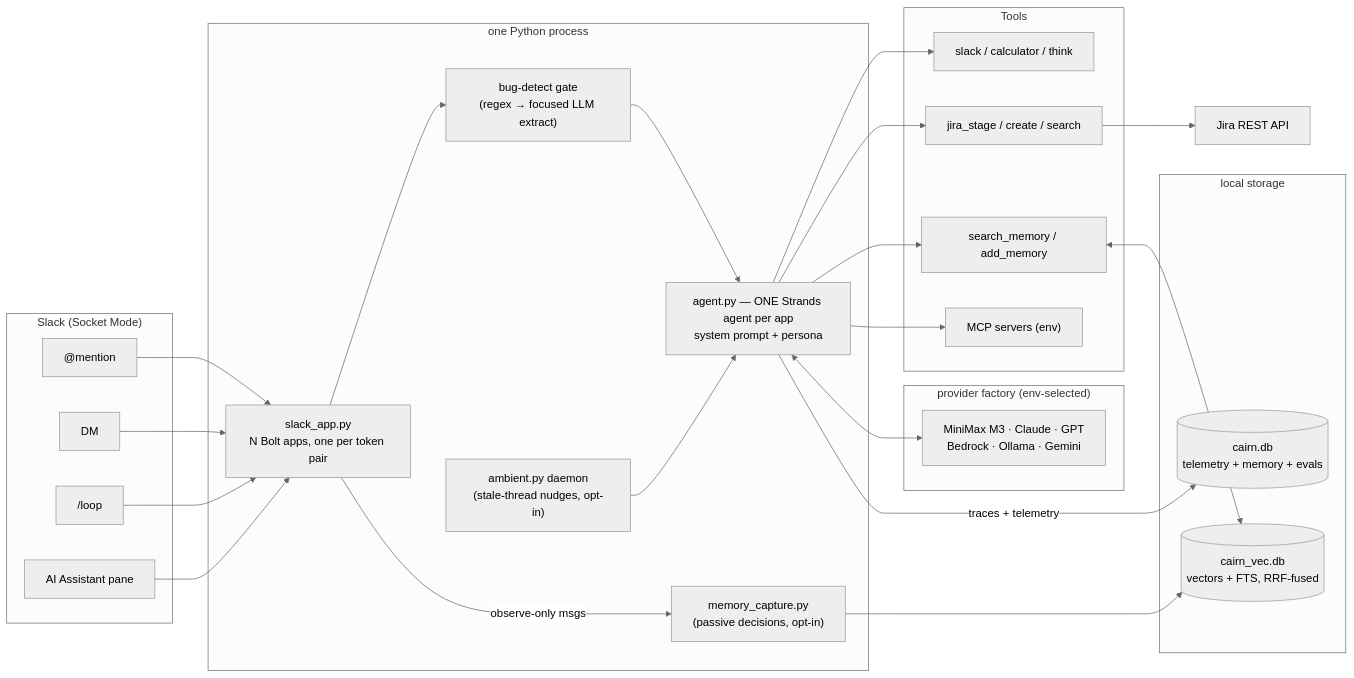
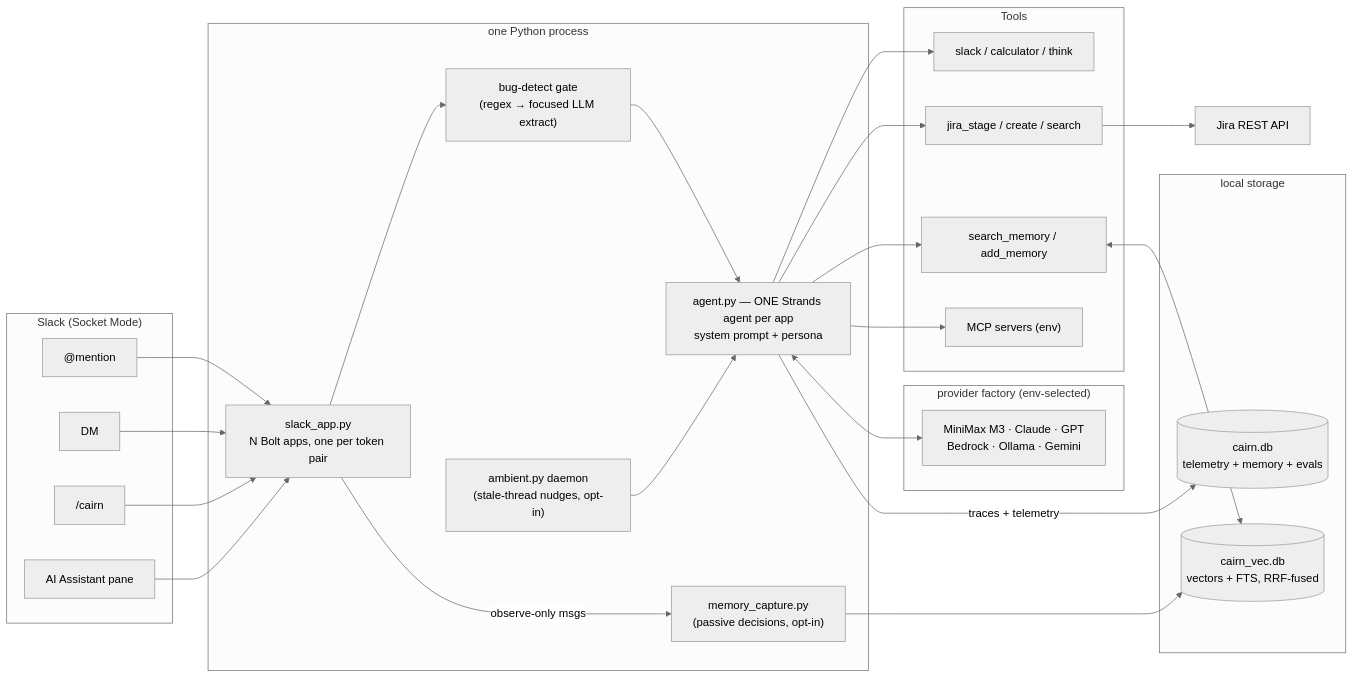
The first of 2 diagrams in README.md (Jyotisaini-2001/cairn), drawn with Mermaid (neutral theme) before and after one commit. The commit also changed other lines of this file, not shown here.

````diff
--- a/README.md
+++ b/README.md
@@ -76,35 +76,35 @@
 ```mermaid
 flowchart LR
     subgraph Slack["Slack (Socket Mode)"]
-        M["@mention"]; DM["DM"]; SL["/loop"]; AP["AI Assistant pane"]
+        M["@mention"]; DM["DM"]; SL["/cairn"]; AP["AI Assistant pane"]
     end
     subgraph Proc["one Python process"]
         H["slack_app.py<br/>N Bolt apps, one per token pair"]
         BG["bug-detect gate<br/>(regex → focused LLM extract)"]
         AG["agent.py — ONE Strands agent per app<br/>system prompt + persona"]
         AMB["ambient.py daemon<br/>(stale-thread nudges, opt-in)"]
         CAP["memory_capture.py<br/>(passive decisions, opt-in)"]
     end
     subgraph Tools
         T1["slack / calculator / think"]
         T2["jira_stage / create / search"]
         T3["search_memory / add_memory"]
         T4["MCP servers (env)"]
     end
     subgraph Model["provider factory (env-selected)"]
         MM["MiniMax M3 · Claude · GPT<br/>Bedrock · Ollama · Gemini"]
     end
     subgraph Store["local storage"]
         DB[("cairn.db<br/>telemetry + memory + evals")]
         VDB[("cairn_vec.db<br/>vectors + FTS, RRF-fused")]
     end
     M & DM & SL & AP --> H
     H --> BG --> AG
     H -- "observe-only msgs" --> CAP --> VDB
     AMB --> AG
     AG --> T1 & T2 & T3 & T4
     AG <--> MM
     T3 <--> VDB
     AG -- "traces + telemetry" --> DB
     T2 --> JIRA["Jira REST API"]
 ```
````
